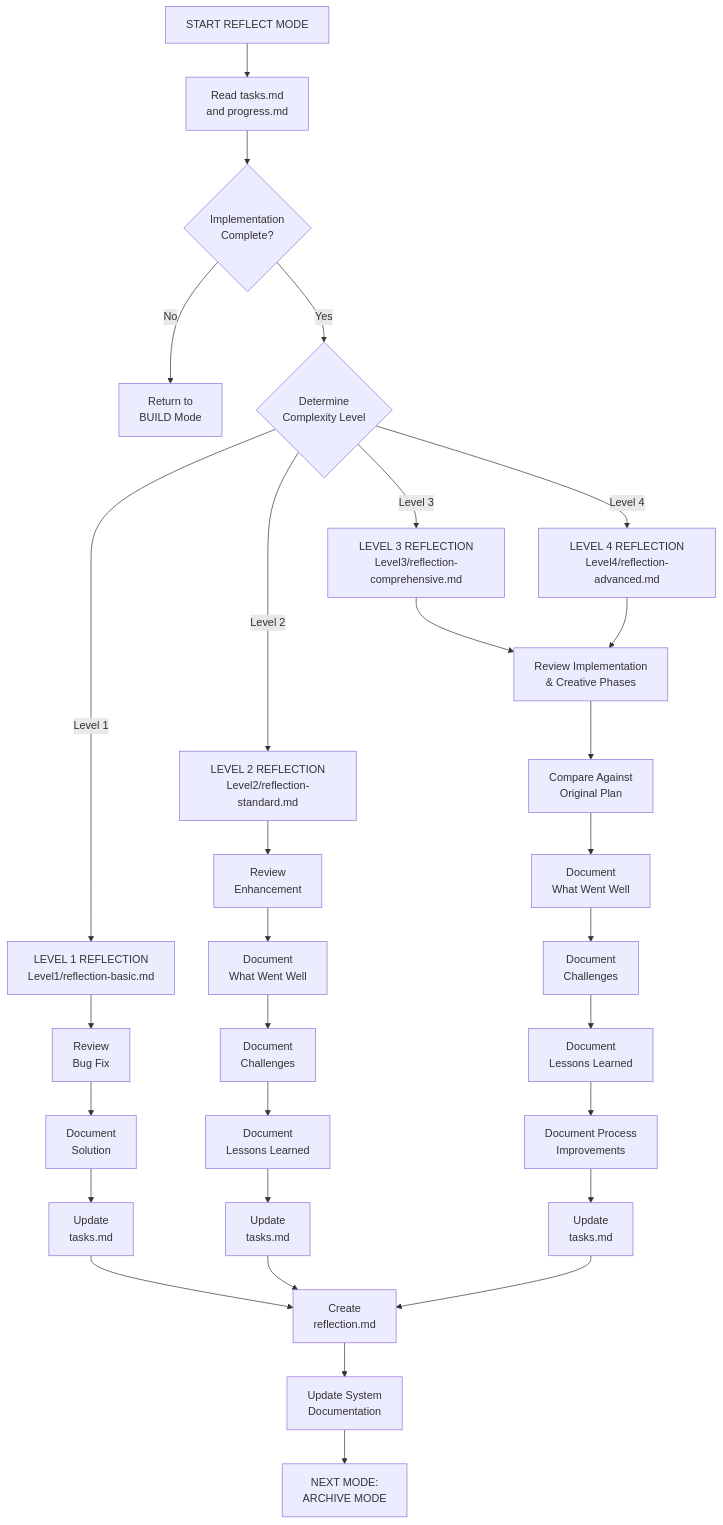
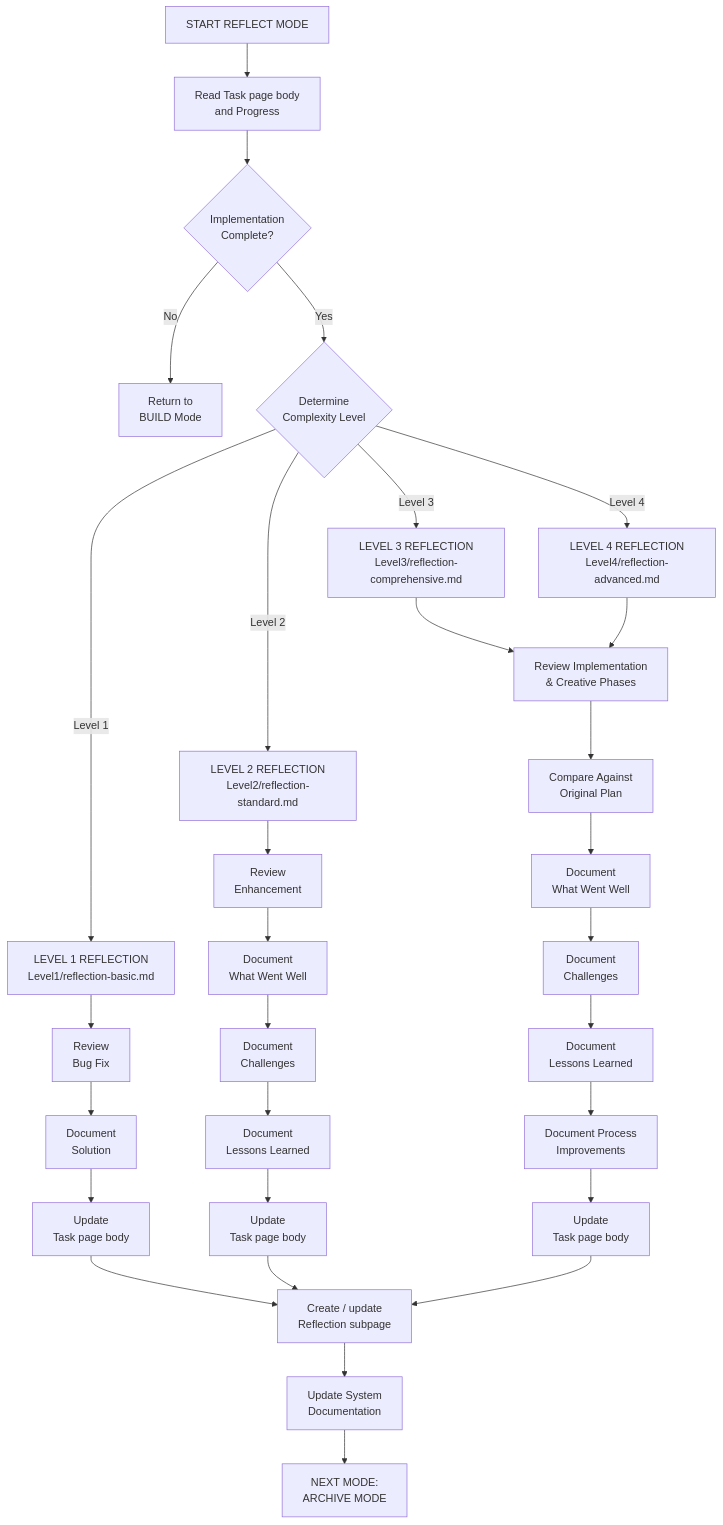
The first of 5 diagrams in .cursor/rules/isolation_rules/visual-maps/reflect-mode-map.mdc (xianzhu21/cursor-memory-notion), drawn with Mermaid before and after one commit. The commit also changed other lines of this file and 37 other files, not shown here.

````diff
--- a/.cursor/rules/isolation_rules/visual-maps/reflect-mode-map.mdc
+++ b/.cursor/rules/isolation_rules/visual-maps/reflect-mode-map.mdc
@@ -13,41 +17,41 @@
 ```mermaid
 graph TD
-    Start["START REFLECT MODE"] --> ReadTasks["Read tasks.md<br>and progress.md"]
+    Start["START REFLECT MODE"] --> ReadTasks["Read Task page body<br>and Progress"]
     
     %% Initial Assessment
     ReadTasks --> VerifyImplement{"Implementation<br>Complete?"}
     VerifyImplement -->|"No"| ReturnBuild["Return to<br>BUILD Mode"]
     VerifyImplement -->|"Yes"| AssessLevel{"Determine<br>Complexity Level"}
     
     %% Level-Based Reflection
     AssessLevel -->|"Level 1"| L1Reflect["LEVEL 1 REFLECTION<br>Level1/reflection-basic.md"]
     AssessLevel -->|"Level 2"| L2Reflect["LEVEL 2 REFLECTION<br>Level2/reflection-standard.md"]
     AssessLevel -->|"Level 3"| L3Reflect["LEVEL 3 REFLECTION<br>Level3/reflection-comprehensive.md"]
     AssessLevel -->|"Level 4"| L4Reflect["LEVEL 4 REFLECTION<br>Level4/reflection-advanced.md"]
     
     %% Level 1 Reflection (Quick)
     L1Reflect --> L1Review["Review<br>Bug Fix"]
     L1Review --> L1Document["Document<br>Solution"]
-    L1Document --> L1Update["Update<br>tasks.md"]
+    L1Document --> L1Update["Update<br>Task page body"]
     
     %% Level 2 Reflection (Standard)
     L2Reflect --> L2Review["Review<br>Enhancement"]
     L2Review --> L2WWW["Document<br>What Went Well"]
     L2WWW --> L2Challenges["Document<br>Challenges"]
     L2Challenges --> L2Lessons["Document<br>Lessons Learned"]
-    L2Lessons --> L2Update["Update<br>tasks.md"]
+    L2Lessons --> L2Update["Update<br>Task page body"]
     
     %% Level 3-4 Reflection (Comprehensive)
     L3Reflect & L4Reflect --> L34Review["Review Implementation<br>& Creative Phases"]
     L34Review --> L34Plan["Compare Against<br>Original Plan"]
     L34Plan --> L34WWW["Document<br>What Went Well"]
     L34WWW --> L34Challenges["Document<br>Challenges"]
     L34Challenges --> L34Lessons["Document<br>Lessons Learned"]
     L34Lessons --> L34ImproveProcess["Document Process<br>Improvements"]
-    L34ImproveProcess --> L34Update["Update<br>tasks.md"]
+    L34ImproveProcess --> L34Update["Update<br>Task page body"]
     
     %% Completion & Transition
-    L1Update & L2Update & L34Update --> CreateReflection["Create<br>reflection.md"]
+    L1Update & L2Update & L34Update --> CreateReflection["Create / update<br>Reflection subpage"]
     CreateReflection --> UpdateSystem["Update System<br>Documentation"]
     UpdateSystem --> Transition["NEXT MODE:<br>ARCHIVE MODE"]
 ```
````
